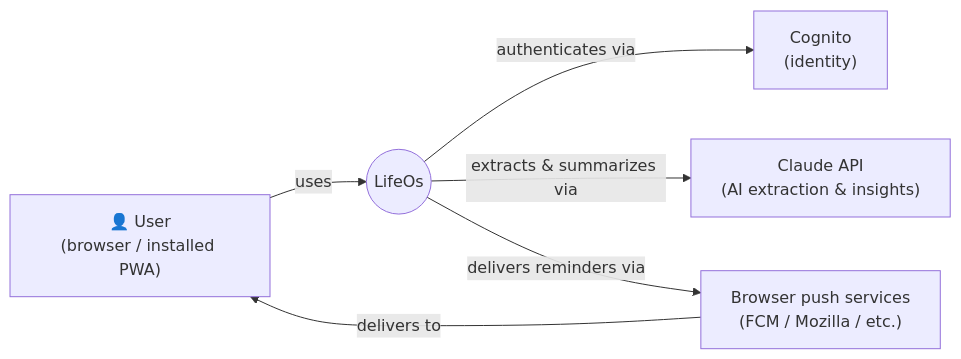
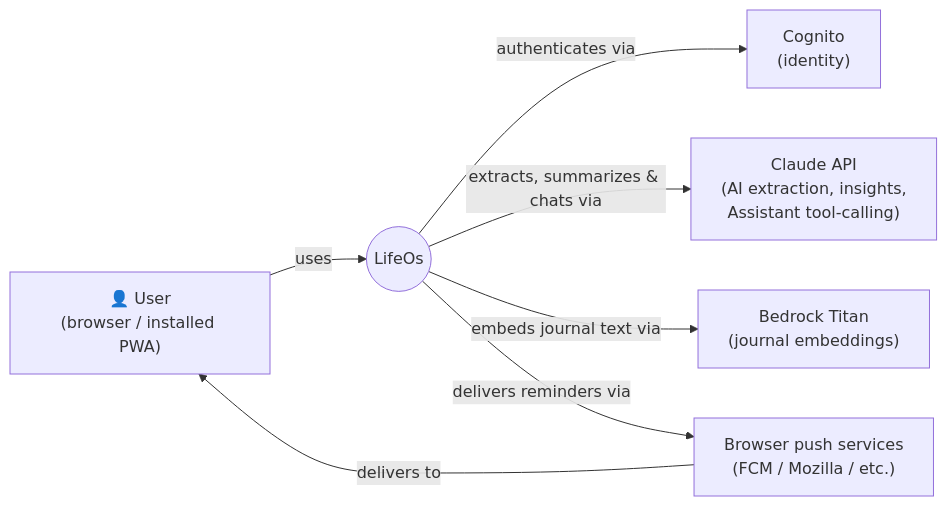
The first of 8 diagrams in docs/HLD_LLD.md (pragya0905/LifeOS), drawn with Mermaid before and after one commit. The commit also changed other lines of this file and 2 other files, not shown here.

First line of the commit message:
Update README and design docs for Assistant and Alexa features

````diff
--- a/docs/HLD_LLD.md
+++ b/docs/HLD_LLD.md
@@ -86,14 +88,16 @@
 ```mermaid
 flowchart LR
     U["👤 User<br/>(browser / installed PWA)"]
     LO(("LifeOs"))
     COG["Cognito<br/>(identity)"]
-    CLAUDE["Claude API<br/>(AI extraction & insights)"]
+    CLAUDE["Claude API<br/>(AI extraction, insights,<br/>Assistant tool-calling)"]
+    BEDROCK["Bedrock Titan<br/>(journal embeddings)"]
     PUSHSVC["Browser push services<br/>(FCM / Mozilla / etc.)"]
 
     U -- uses --> LO
     LO -- authenticates via --> COG
-    LO -- extracts & summarizes via --> CLAUDE
+    LO -- extracts, summarizes & chats via --> CLAUDE
+    LO -- embeds journal text via --> BEDROCK
     LO -- delivers reminders via --> PUSHSVC
     PUSHSVC -- delivers to --> U
 ```
````
